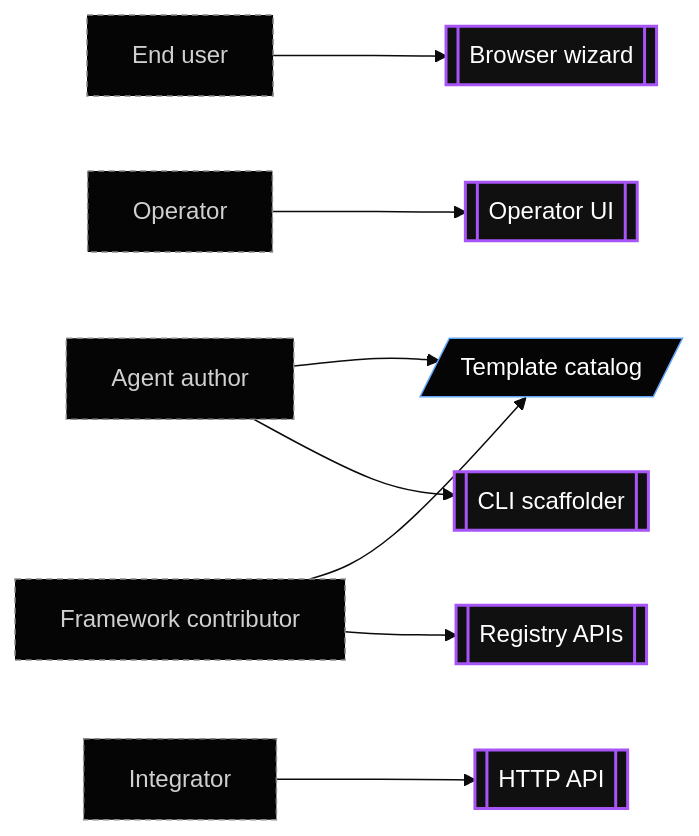
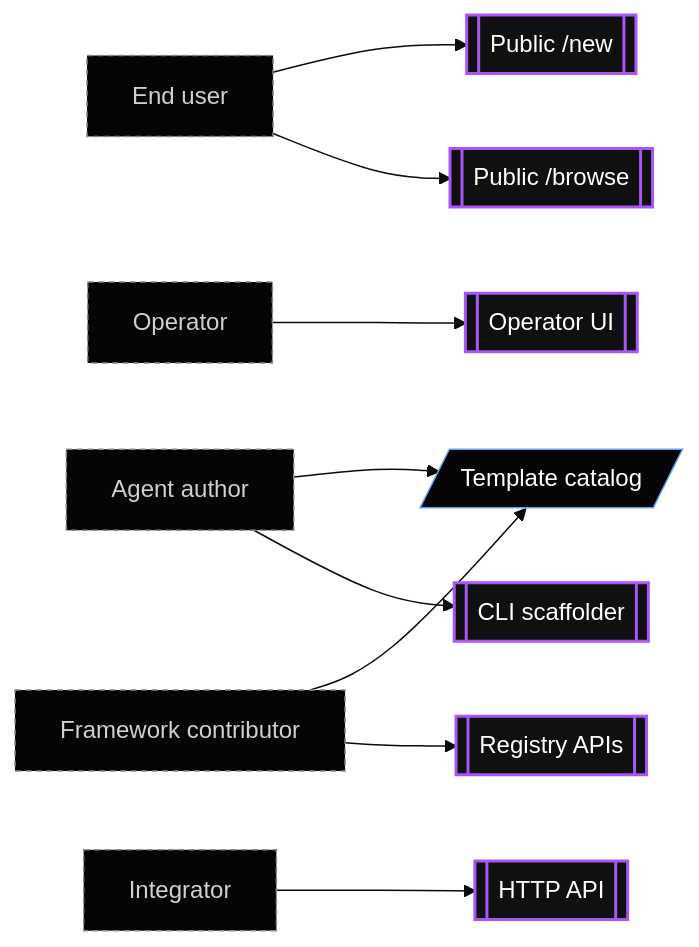
The first of 5 diagrams in docs-site/src/content/docs/ways-to-use.mdx (render-lab/render-agent-harness), drawn with Mermaid (base theme) before and after one commit. The commit also changed other lines of this file and 11 other files, not shown here.

````diff
--- a/docs-site/src/content/docs/ways-to-use.mdx
+++ b/docs-site/src/content/docs/ways-to-use.mdx
@@ -8,30 +8,32 @@
 ```mermaid
 flowchart LR
   user["End user"]
   author["Agent author"]
   operator["Operator"]
   integrator["Integrator"]
   contributor["Framework contributor"]
 
-  wizard[["Browser wizard"]]
+  browse[["Public /browse"]]
+  wizard[["Public /new"]]
   cli[["CLI scaffolder"]]
   catalog[/"Template catalog"/]
   ui[["Operator UI"]]
   api[["HTTP API"]]
   registry[["Registry APIs"]]
 
+  user --> browse
   user --> wizard
   author --> cli
   author --> catalog
   operator --> ui
   integrator --> api
   contributor --> registry
   contributor --> catalog
 
   class user,author,operator,integrator,contributor role
-  class wizard,cli,ui,api,registry surface
+  class browse,wizard,cli,ui,api,registry surface
   class catalog config
   classDef role fill:#050505,stroke:#8a8a8a,color:#d0d0d0,stroke-dasharray:4 3
   classDef surface fill:#101010,stroke:#a855f7,stroke-width:2px,color:#ffffff
   classDef config fill:#050505,stroke:#60a5fa,color:#ffffff
 ```
````
